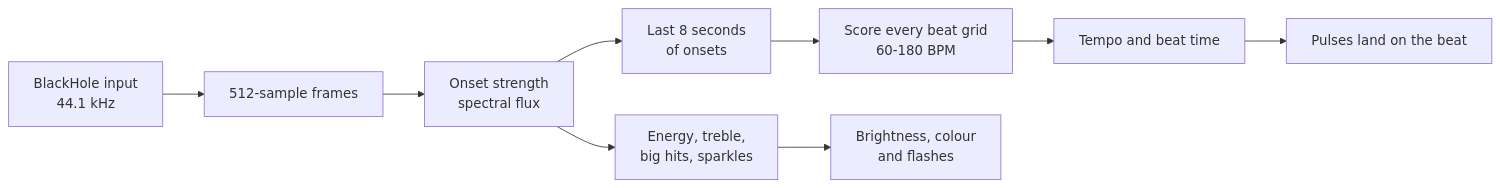
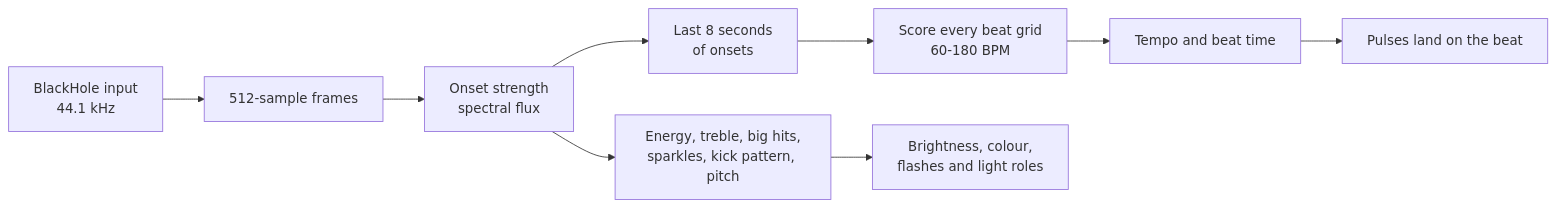
Before and after one commit to LorenzoPrinsloo/spotify-hue-sync: the third of 3 diagrams in docs/how-it-works.md, drawn with Mermaid. The commit also changed other lines of this file and 24 other files, not shown here.

First line of the commit message:
Give lights roles: rhythm lights play the kick pattern, colour lights follow the pitch

````diff
--- a/docs/how-it-works.md
+++ b/docs/how-it-works.md
@@ -146,11 +146,11 @@
 ```mermaid
 flowchart LR
     A[BlackHole input<br/>44.1 kHz] --> B[512-sample frames]
     B --> C[Onset strength<br/>spectral flux]
     C --> D[Last 8 seconds<br/>of onsets]
     D --> E[Score every beat grid<br/>60-180 BPM]
     E --> F[Tempo and beat time]
     F --> G[Pulses land on the beat]
-    C --> H[Energy, treble,<br/>big hits, sparkles]
-    H --> I[Brightness, colour<br/>and flashes]
+    C --> H[Energy, treble, big hits,<br/>sparkles, kick pattern, pitch]
+    H --> I[Brightness, colour,<br/>flashes and light roles]
 ```
````
